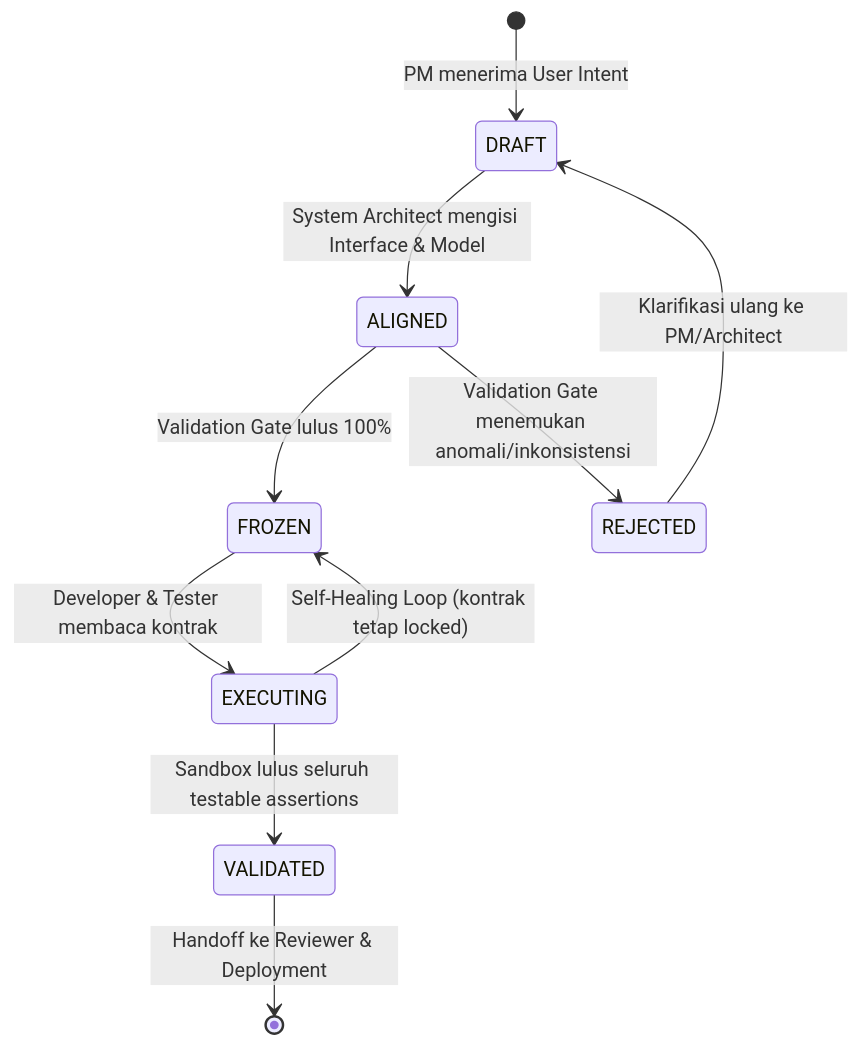
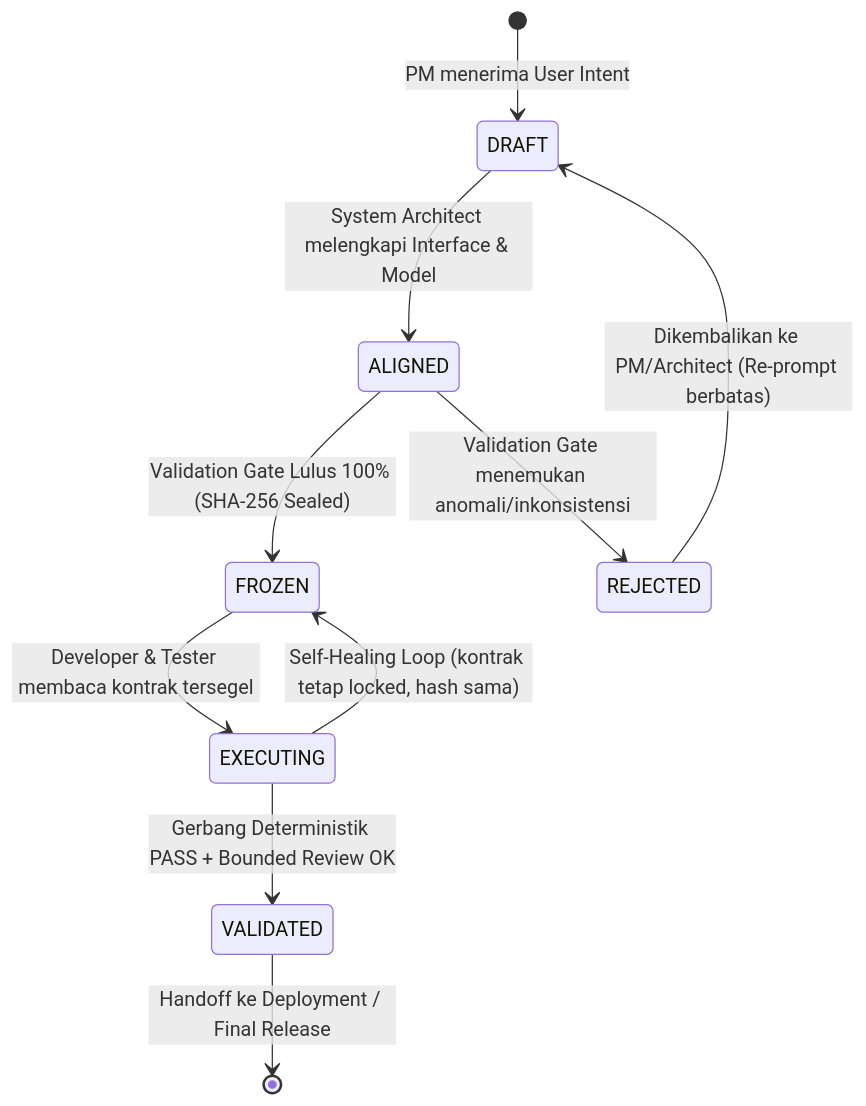
Before and after one commit to rachmadi/reindev_studio: the diagram in dokumentasi-pengembangan/architecture/machine_readable_contract_design.md, drawn with Mermaid. The commit also changed other lines of this file and 3 other files, not shown here.

````diff
--- a/dokumentasi-pengembangan/architecture/machine_readable_contract_design.md
+++ b/dokumentasi-pengembangan/architecture/machine_readable_contract_design.md
@@ -341,12 +404,12 @@
 ```mermaid
 stateDiagram-v2
     [*] --> DRAFT: PM menerima User Intent
-    DRAFT --> ALIGNED: System Architect mengisi Interface & Model
-    ALIGNED --> FROZEN: Validation Gate lulus 100%
+    DRAFT --> ALIGNED: System Architect melengkapi Interface & Model
+    ALIGNED --> FROZEN: Validation Gate Lulus 100% (SHA-256 Sealed)
     ALIGNED --> REJECTED: Validation Gate menemukan anomali/inkonsistensi
-    REJECTED --> DRAFT: Klarifikasi ulang ke PM/Architect
-    FROZEN --> EXECUTING: Developer & Tester membaca kontrak
-    EXECUTING --> VALIDATED: Sandbox lulus seluruh testable assertions
-    EXECUTING --> FROZEN: Self-Healing Loop (kontrak tetap locked)
-    VALIDATED --> [*]: Handoff ke Reviewer & Deployment
+    REJECTED --> DRAFT: Dikembalikan ke PM/Architect (Re-prompt berbatas)
+    FROZEN --> EXECUTING: Developer & Tester membaca kontrak tersegel
+    EXECUTING --> VALIDATED: Gerbang Deterministik PASS + Bounded Review OK
+    EXECUTING --> FROZEN: Self-Healing Loop (kontrak tetap locked, hash sama)
+    VALIDATED --> [*]: Handoff ke Deployment / Final Release
 ```
````
